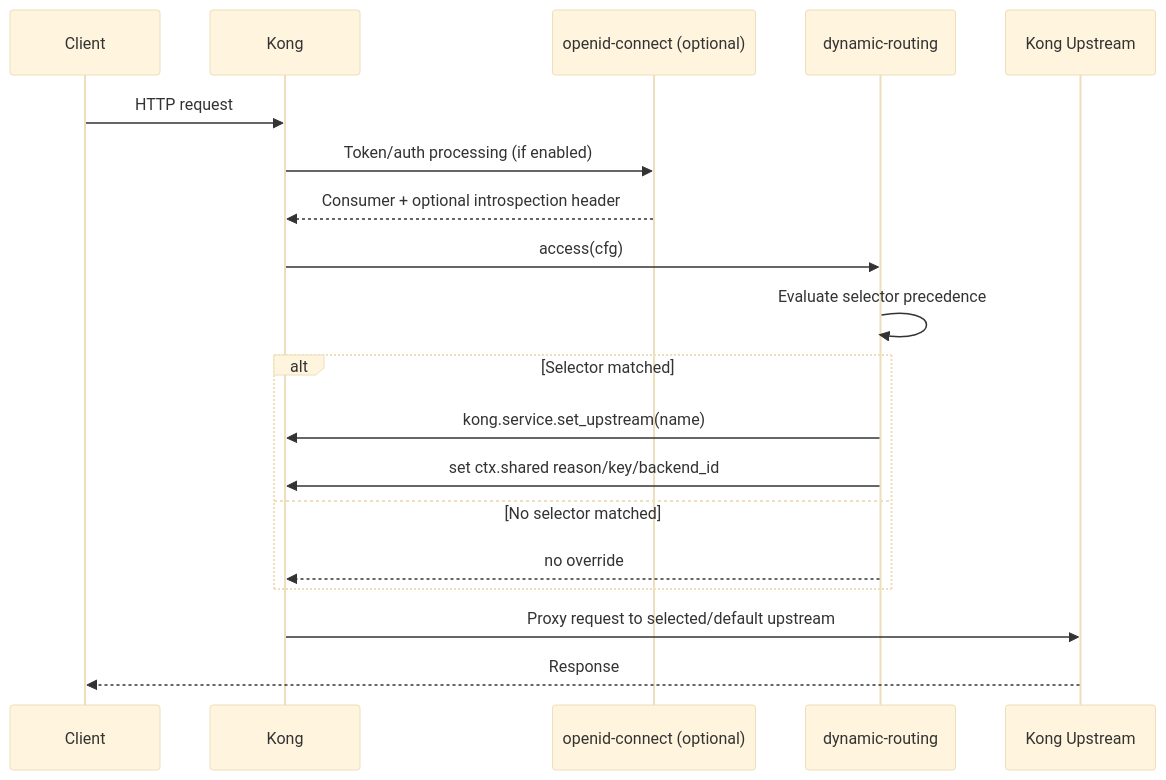
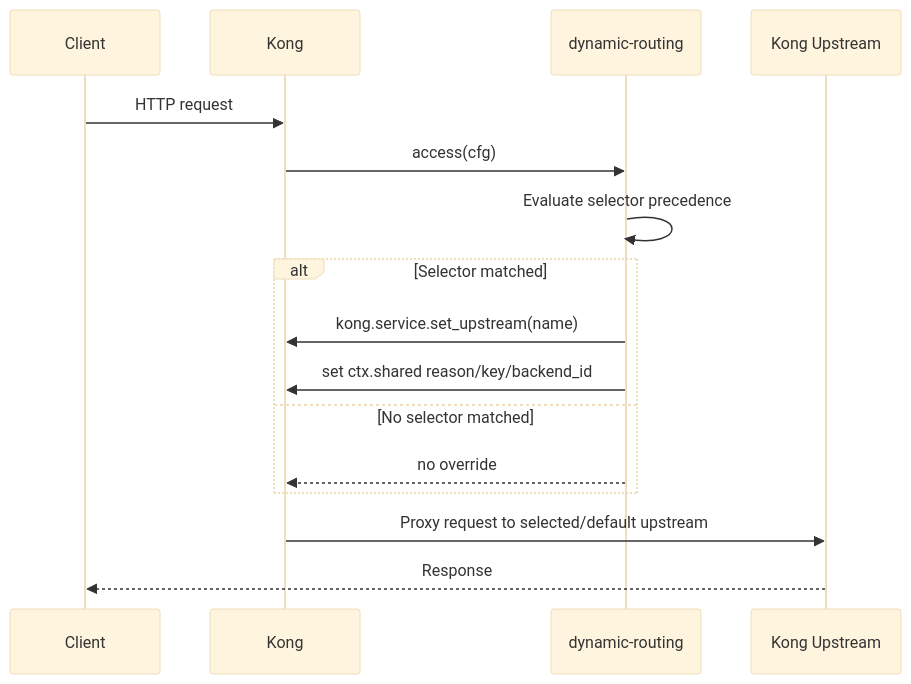
The second of 2 diagrams in docs/plugin-code-walkthrough.md (ShanmughasundaramRajendran/kong-plugin-upstream-env-selector), drawn with Mermaid (base theme) before and after one commit. The commit also changed other lines of this file and 12 other files, not shown here.

````diff
--- a/docs/plugin-code-walkthrough.md
+++ b/docs/plugin-code-walkthrough.md
@@ -84,22 +67,19 @@
 ```mermaid
 sequenceDiagram
     participant Client
     participant Kong
-    participant OIDC as openid-connect (optional)
     participant DR as dynamic-routing
     participant Up as Kong Upstream
 
     Client->>Kong: HTTP request
-    Kong->>OIDC: Token/auth processing (if enabled)
-    OIDC-->>Kong: Consumer + optional introspection header
     Kong->>DR: access(cfg)
     DR->>DR: Evaluate selector precedence
     alt Selector matched
       DR->>Kong: kong.service.set_upstream(name)
       DR->>Kong: set ctx.shared reason/key/backend_id
     else No selector matched
       DR-->>Kong: no override
     end
     Kong->>Up: Proxy request to selected/default upstream
     Up-->>Client: Response
 ```
````
